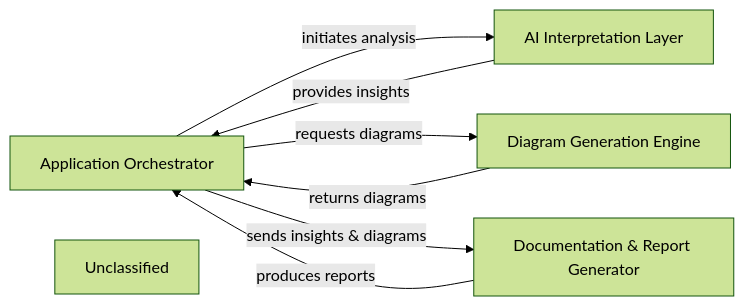
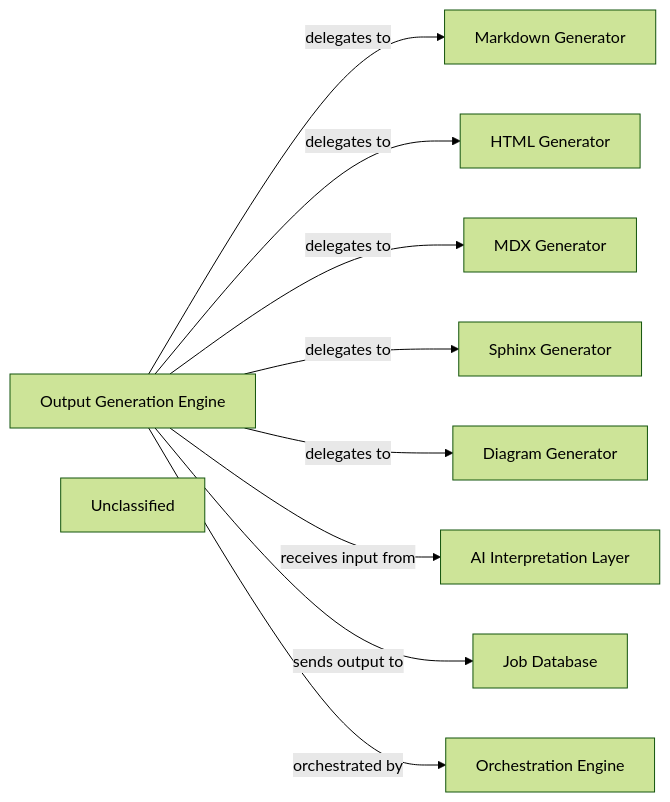
One commit to CodeBoarding/CodeBoarding changed the diagram in .codeboarding/Output_Generation_Engine.md. Above: the diagram before and after it, drawn with Mermaid (forest theme). The commit also changed other lines of this file and 17 other files, not shown here.

First line of the commit message:
docs: update codeboarding documentation and generate architecture

````diff
--- a/.codeboarding/Output_Generation_Engine.md
+++ b/.codeboarding/Output_Generation_Engine.md
@@ -1,16 +1,23 @@
 ```mermaid
 graph LR
-    Application_Orchestrator["Application Orchestrator"]
+    Output_Generation_Engine["Output Generation Engine"]
+    Markdown_Generator["Markdown Generator"]
+    HTML_Generator["HTML Generator"]
+    MDX_Generator["MDX Generator"]
+    Sphinx_Generator["Sphinx Generator"]
+    Diagram_Generator["Diagram Generator"]
     AI_Interpretation_Layer["AI Interpretation Layer"]
-    Diagram_Generation_Engine["Diagram Generation Engine"]
-    Documentation_Report_Generator["Documentation & Report Generator"]
+    Job_Database["Job Database"]
+    Orchestration_Engine["Orchestration Engine"]
     Unclassified["Unclassified"]
-    Application_Orchestrator -- "initiates analysis" --> AI_Interpretation_Layer
-    AI_Interpretation_Layer -- "provides insights" --> Application_Orchestrator
-    Application_Orchestrator -- "requests diagrams" --> Diagram_Generation_Engine
-    Diagram_Generation_Engine -- "returns diagrams" --> Application_Orchestrator
-    Application_Orchestrator -- "sends insights & diagrams" --> Documentation_Report_Generator
-    Documentation_Report_Generator -- "produces reports" --> Application_Orchestrator
-    click Application_Orchestrator href "https://github.com/CodeBoarding/CodeBoarding/blob/main/.codeboarding/Application_Orchestrator.md" "Details"
+    Output_Generation_Engine -- "delegates to" --> Markdown_Generator
+    Output_Generation_Engine -- "delegates to" --> HTML_Generator
+    Output_Generation_Engine -- "delegates to" --> MDX_Generator
+    Output_Generation_Engine -- "delegates to" --> Sphinx_Generator
+    Output_Generation_Engine -- "delegates to" --> Diagram_Generator
+    Output_Generation_Engine -- "receives input from" --> AI_Interpretation_Layer
+    Output_Generation_Engine -- "sends output to" --> Job_Database
+    Output_Generation_Engine -- "orchestrated by" --> Orchestration_Engine
+    click Output_Generation_Engine href "https://github.com/CodeBoarding/CodeBoarding/blob/main/.codeboarding/Output_Generation_Engine.md" "Details"
     click AI_Interpretation_Layer href "https://github.com/CodeBoarding/CodeBoarding/blob/main/.codeboarding/AI_Interpretation_Layer.md" "Details"
 ```
````
